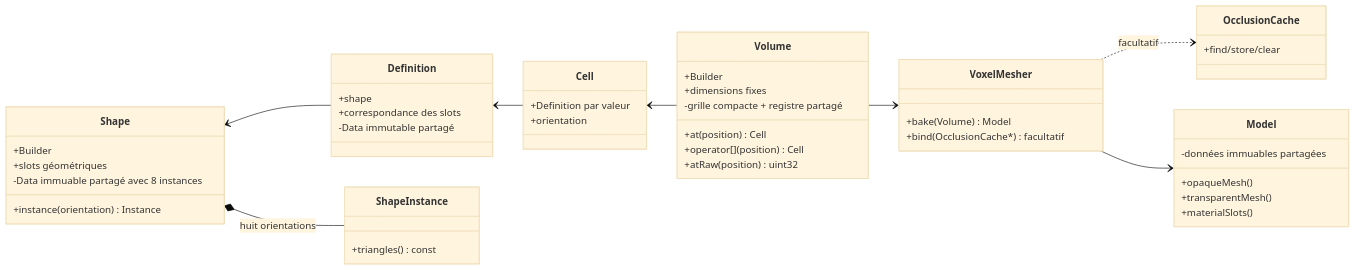
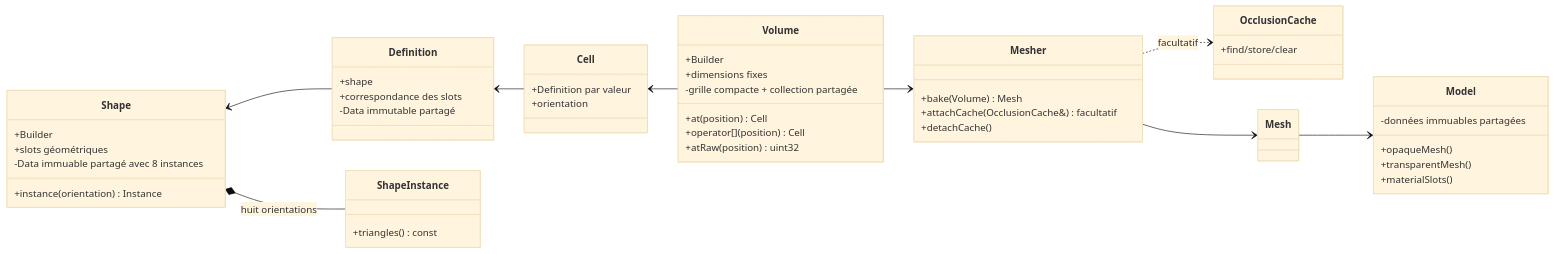
The diagram in docs/voxel-engine-v0.1.4/02-modele-voxel.md (EreliaStudio/Sparkle), drawn with Mermaid (base theme) before and after one commit. The commit also changed other lines of this file and 35 other files, not shown here.

Commit message:
Unify spk::Voxel naming: Collections, attach/detach, palette bind and compatibility

````diff
--- a/docs/voxel-engine-v0.1.4/02-modele-voxel.md
+++ b/docs/voxel-engine-v0.1.4/02-modele-voxel.md
@@ -7,50 +7,52 @@
 ```mermaid
 classDiagram
   direction LR
   class Shape {
     +Builder
     +slots géométriques
     +instance(orientation) Instance
     -Data immuable partagé avec 8 instances
   }
   class Definition {
     +shape
     +correspondance des slots
     -Data immutable partagé
   }
   class Cell {
     +Definition par valeur
     +orientation
   }
   class Volume {
     +Builder
     +dimensions fixes
     +at(position) Cell
     +operator[](position) Cell
     +atRaw(position) uint32
-    -grille compacte + registre partagé
+    -grille compacte + collection partagée
   }
   class Model {
     +opaqueMesh()
     +transparentMesh()
     +materialSlots()
     -données immuables partagées
   }
   class ShapeInstance {
     +triangles() const
   }
   class OcclusionCache {
     +find/store/clear
   }
-  class VoxelMesher {
-    +bake(Volume) Model
-    +bind(OcclusionCache*) facultatif
+  class Mesher {
+    +bake(Volume) Mesh
+    +attachCache(OcclusionCache&) facultatif
+    +detachCache()
   }
   Shape <-- Definition
   Definition <-- Cell
   Cell <-- Volume
   Shape *-- ShapeInstance : huit orientations
-  VoxelMesher ..> OcclusionCache : facultatif
-  Volume --> VoxelMesher
-  VoxelMesher --> Model
+  Mesher ..> OcclusionCache : facultatif
+  Volume --> Mesher
+  Mesher --> Mesh
+  Mesh --> Model
 ```
````
